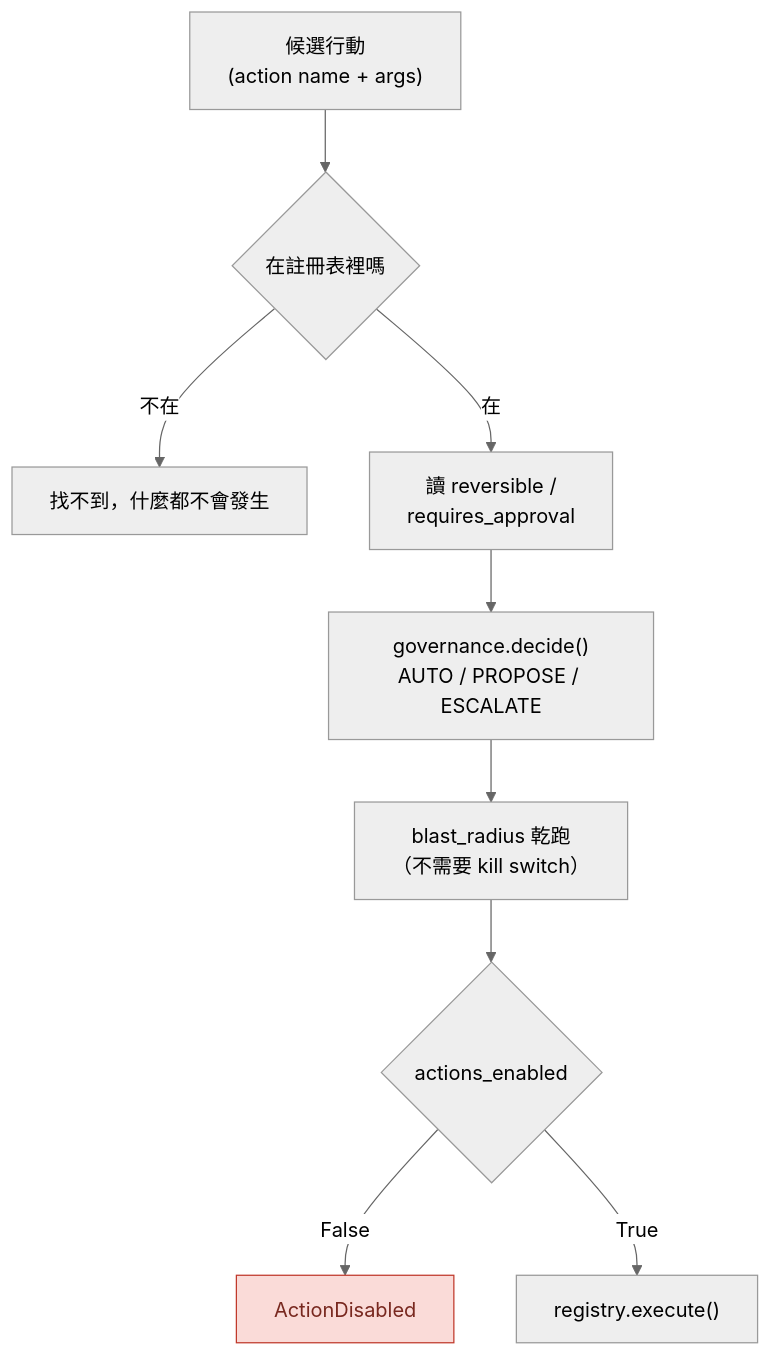
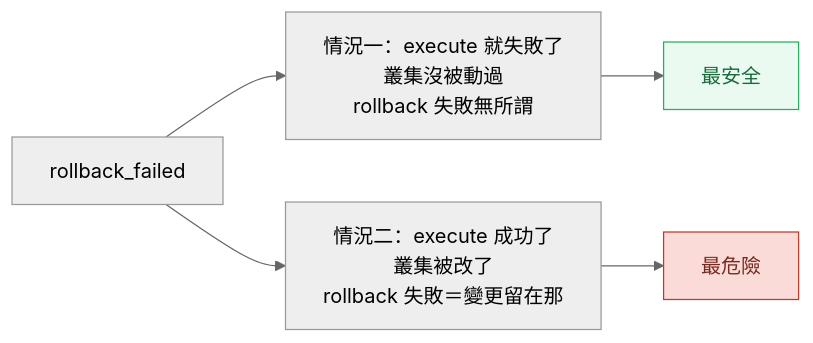
Before and after one commit to tedmax100/o11y-bench: the second of 2 diagrams in weaver-demo/ironman-2026/day33.md, drawn with Mermaid (neutral theme). The commit also changed other lines of this file and 29 other files, not shown here.

````diff
--- a/weaver-demo/ironman-2026/day33.md
+++ b/weaver-demo/ironman-2026/day33.md
@@ -164,14 +139,12 @@
 ```mermaid
-flowchart TB
-    P["候選行動<br/>(action name + args)"] --> REG{"在註冊表裡嗎"}
-    REG -->|"不在"| X["找不到，什麼都不會發生"]
-    REG -->|"在"| RISK["讀 reversible /<br/>requires_approval"]
-    RISK --> GOV["governance.decide()<br/>AUTO / PROPOSE / ESCALATE"]
-    GOV --> DRY["blast_radius 乾跑<br/>（不需要 kill switch）"]
-    DRY --> KS{"actions_enabled"}
-    KS -->|"False"| STOP["ActionDisabled"]
-    KS -->|"True"| RUN["registry.execute()"]
+flowchart LR
+    S["rollback_failed"] --> A["情況一：execute 就失敗了<br/>叢集沒被動過<br/>rollback 失敗無所謂"]
+    S --> B["情況二：execute 成功了<br/>叢集被改了<br/>rollback 失敗＝變更留在那"]
+    A --> OK["最安全"]
+    B --> BAD["最危險"]
 
-    classDef off fill:#fadbd8,stroke:#c0392b,color:#78281f
-    class STOP off
+    classDef bad fill:#fadbd8,stroke:#c0392b,color:#78281f
+    classDef good fill:#eafaf1,stroke:#27ae60,color:#186a3b
+    class OK good
+    class BAD bad
 ```
````
